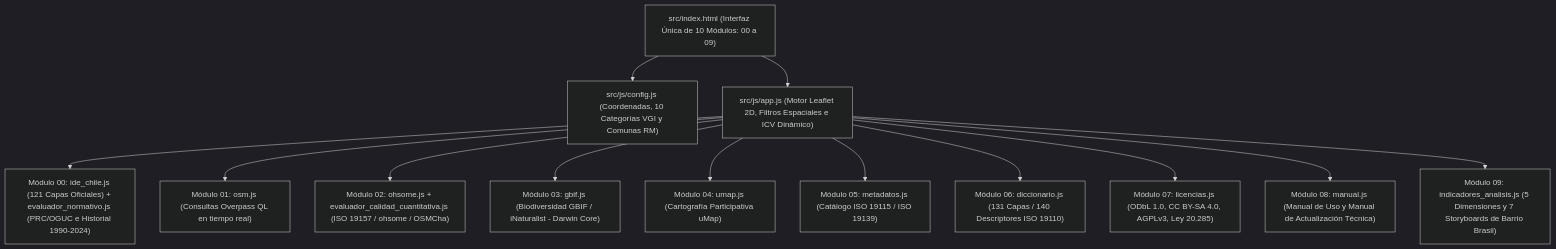
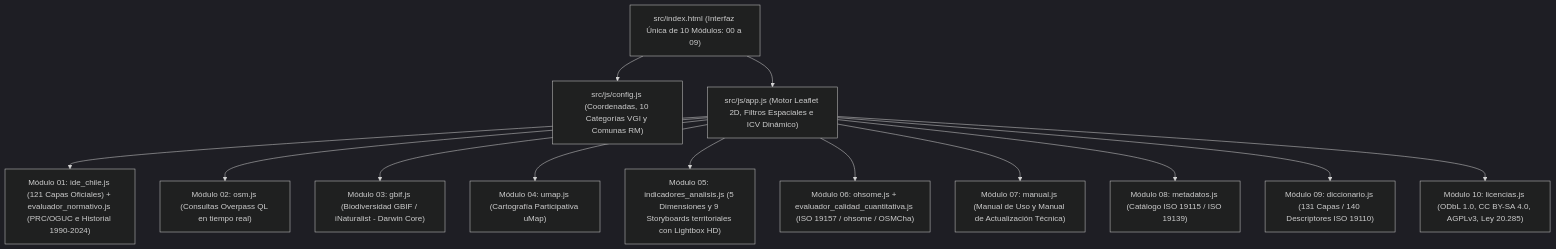
Before and after one commit to GEOJOTA/atlas_vgi_territorial: the diagram in src/docs/PROTOCOL_INTEGRIDAD_Y_DESPLIEGUE.md, drawn with Mermaid (dark theme). The commit also changed other lines of this file and 19 other files, not shown here.

````diff
--- a/src/docs/PROTOCOL_INTEGRIDAD_Y_DESPLIEGUE.md
+++ b/src/docs/PROTOCOL_INTEGRIDAD_Y_DESPLIEGUE.md
@@ -172,20 +172,20 @@
 ```mermaid
 flowchart TD
     UI["src/index.html (Interfaz Única de 10 Módulos: 00 a 09)"]
     CFG["src/js/config.js (Coordenadas, 10 Categorías VGI y Comunas RM)"]
     APP["src/js/app.js (Motor Leaflet 2D, Filtros Espaciales e ICV Dinámico)"]
     
     UI --> CFG
     UI --> APP
     
-    APP --> M00["Módulo 00: ide_chile.js (121 Capas Oficiales) + evaluador_normativo.js (PRC/OGUC e Historial 1990-2024)"]
-    APP --> M01["Módulo 01: osm.js (Consultas Overpass QL en tiempo real)"]
-    APP --> M02["Módulo 02: ohsome.js + evaluador_calidad_cuantitativa.js (ISO 19157 / ohsome / OSMCha)"]
+    APP --> M01["Módulo 01: ide_chile.js (121 Capas Oficiales) + evaluador_normativo.js (PRC/OGUC e Historial 1990-2024)"]
+    APP --> M02["Módulo 02: osm.js (Consultas Overpass QL en tiempo real)"]
     APP --> M03["Módulo 03: gbif.js (Biodiversidad GBIF / iNaturalist - Darwin Core)"]
     APP --> M04["Módulo 04: umap.js (Cartografía Participativa uMap)"]
-    APP --> M05["Módulo 05: metadatos.js (Catálogo ISO 19115 / ISO 19139)"]
-    APP --> M06["Módulo 06: diccionario.js (131 Capas / 140 Descriptores ISO 19110)"]
-    APP --> M07["Módulo 07: licencias.js (ODbL 1.0, CC BY-SA 4.0, AGPLv3, Ley 20.285)"]
-    APP --> M08["Módulo 08: manual.js (Manual de Uso y Manual de Actualización Técnica)"]
-    APP --> M09["Módulo 09: indicadores_analisis.js (5 Dimensiones y 7 Storyboards de Barrio Brasil)"]
+    APP --> M05["Módulo 05: indicadores_analisis.js (5 Dimensiones y 9 Storyboards territoriales con Lightbox HD)"]
+    APP --> M06["Módulo 06: ohsome.js + evaluador_calidad_cuantitativa.js (ISO 19157 / ohsome / OSMCha)"]
+    APP --> M07["Módulo 07: manual.js (Manual de Uso y Manual de Actualización Técnica)"]
+    APP --> M08["Módulo 08: metadatos.js (Catálogo ISO 19115 / ISO 19139)"]
+    APP --> M09["Módulo 09: diccionario.js (131 Capas / 140 Descriptores ISO 19110)"]
+    APP --> M10["Módulo 10: licencias.js (ODbL 1.0, CC BY-SA 4.0, AGPLv3, Ley 20.285)"]
 ```
````
